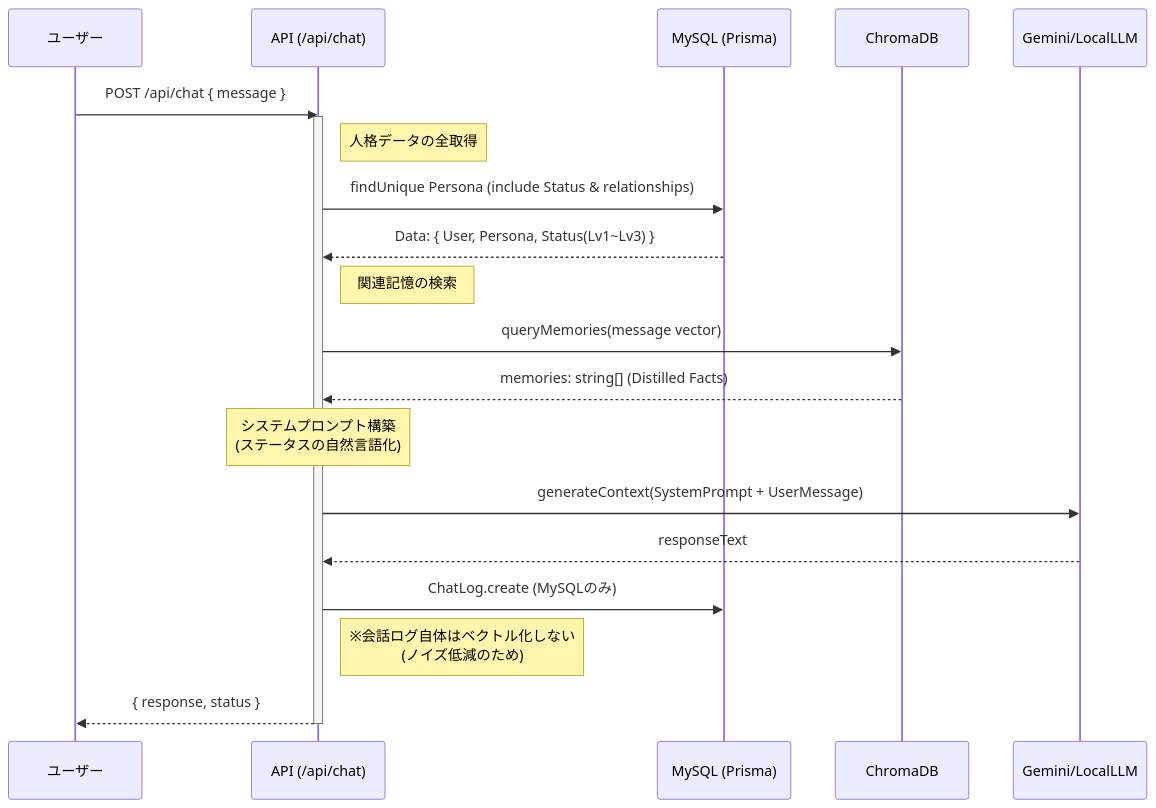
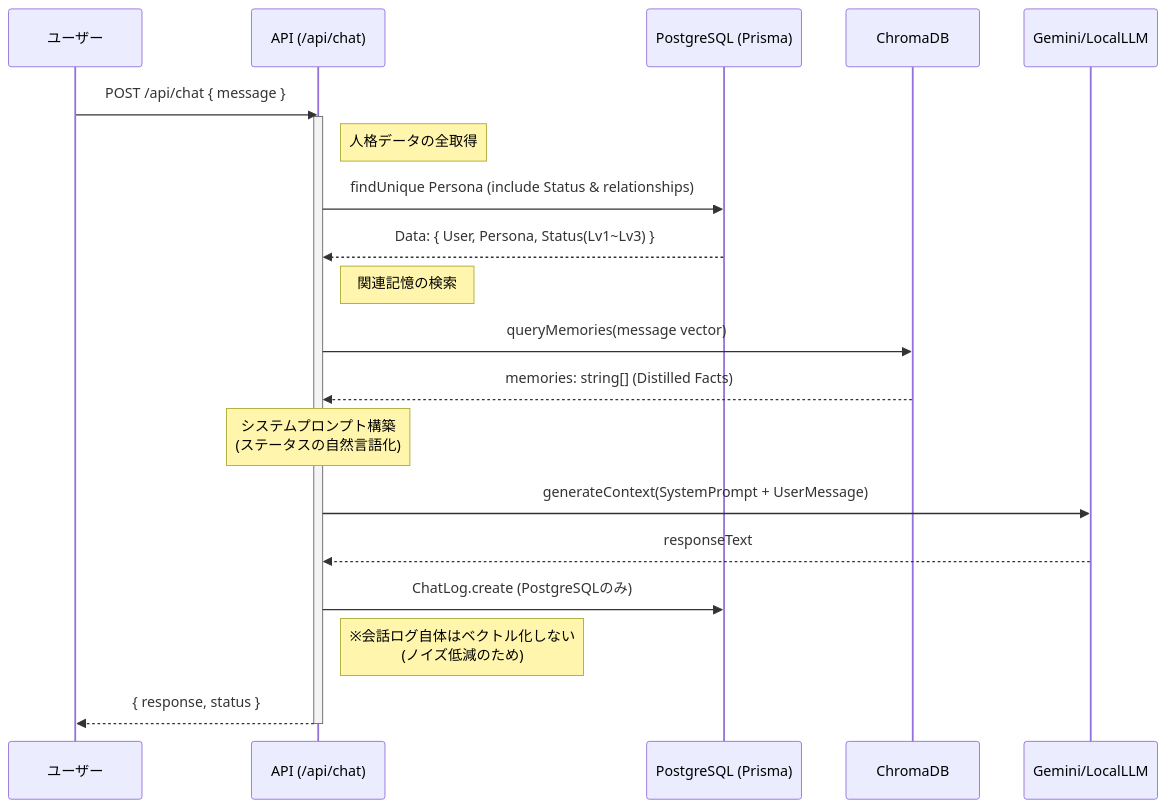
The first of 2 diagrams in docs/sequence.md (mshirai0327/self-reflection-chatbot), drawn with Mermaid before and after one commit. The commit also changed other lines of this file and 17 other files, not shown here.

````diff
--- a/docs/sequence.md
+++ b/docs/sequence.md
@@ -11,35 +11,35 @@
 ```mermaid
 sequenceDiagram
     participant U as ユーザー
     participant API as API (/api/chat)
-    participant DB as MySQL (Prisma)
+    participant DB as PostgreSQL (Prisma)
     participant Vec as ChromaDB
     participant LLM as Gemini/LocalLLM
 
     U->>API: POST /api/chat { message }
     
     activate API
     %% 1. ステータス取得
     Note right of API: 人格データの全取得
     API->>DB: findUnique Persona (include Status & relationships)
     DB-->>API: Data: { User, Persona, Status(Lv1~Lv3) }
 
     %% 2. 記憶検索
     Note right of API: 関連記憶の検索
     API->>Vec: queryMemories(message vector)
     Vec-->>API: memories: string[] (Distilled Facts)
 
     %% 3. プロンプト構築
     Note over API: システムプロンプト構築<br/>(ステータスの自然言語化)
     
     %% 4. LLM生成
     API->>LLM: generateContext(SystemPrompt + UserMessage)
     LLM-->>API: responseText
 
     %% 5. ログ保存
-    API->>DB: ChatLog.create (MySQLのみ)
+    API->>DB: ChatLog.create (PostgreSQLのみ)
     Note right of API: ※会話ログ自体はベクトル化しない<br/>(ノイズ低減のため)
 
     API-->>U: { response, status }
     deactivate API
 ```
````
